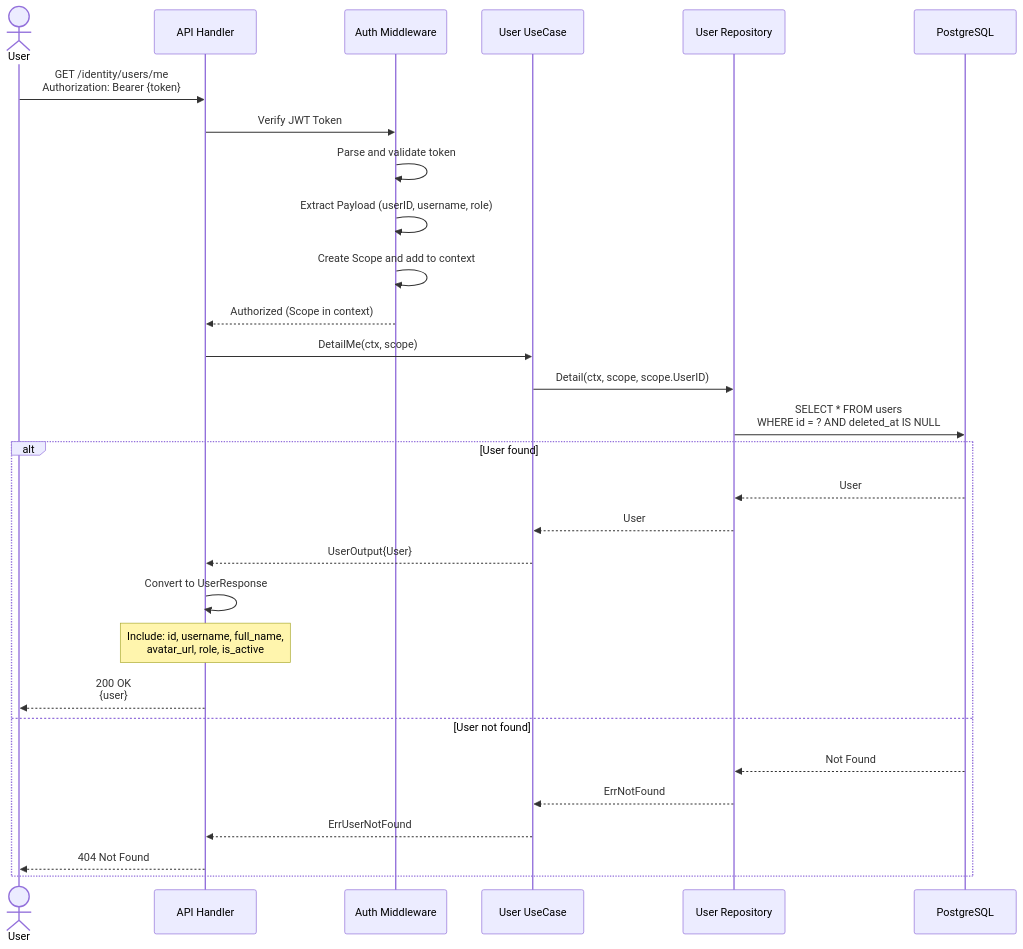
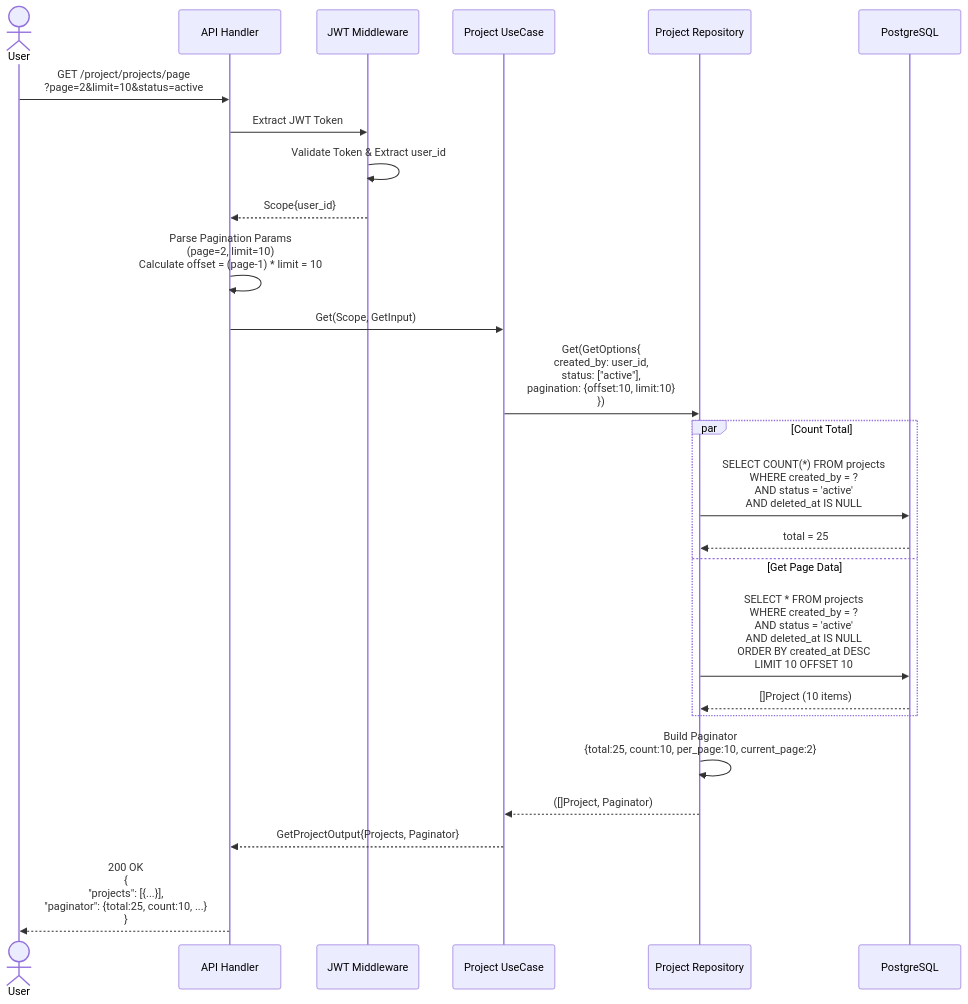
One commit to smap-hcmut/identity-srv changed the fourth of 6 diagrams in project/document/api.md. Above: the diagram before and after it, drawn with Mermaid. The commit also changed other lines of this file and 33 other files, not shown here.

````diff
--- a/project/document/api.md
+++ b/project/document/api.md
@@ -701,39 +159,32 @@
 ```mermaid
 sequenceDiagram
     actor User
     participant API as API Handler
-    participant AuthMW as Auth Middleware
-    participant UserUC as User UseCase
-    participant UserRepo as User Repository
+    participant MW as JWT Middleware
+    participant ProjUC as Project UseCase
+    participant ProjRepo as Project Repository
     participant DB as PostgreSQL
 
-    User->>API: GET /identity/users/me<br/>Authorization: Bearer {token}
-    
-    API->>AuthMW: Verify JWT Token
-    AuthMW->>AuthMW: Parse and validate token
-    AuthMW->>AuthMW: Extract Payload (userID, username, role)
-    AuthMW->>AuthMW: Create Scope and add to context
-    AuthMW-->>API: Authorized (Scope in context)
-    
-    API->>UserUC: DetailMe(ctx, scope)
-    
-    UserUC->>UserRepo: Detail(ctx, scope, scope.UserID)
-    UserRepo->>DB: SELECT * FROM users<br/>WHERE id = ? AND deleted_at IS NULL
-    
-    alt User found
-        DB-->>UserRepo: User
-        UserRepo-->>UserUC: User
-        
-        UserUC-->>API: UserOutput{User}
-        
-        API->>API: Convert to UserResponse
-        Note over API: Include: id, username, full_name,<br/>avatar_url, role, is_active
-        
-        API-->>User: 200 OK<br/>{user}
-    else User not found
-        DB-->>UserRepo: Not Found
-        UserRepo-->>UserUC: ErrNotFound
-        UserUC-->>API: ErrUserNotFound
-        API-->>User: 404 Not Found
+    User->>API: GET /project/projects/page<br/>?page=2&limit=10&status=active
+    API->>MW: Extract JWT Token
+    MW->>MW: Validate Token & Extract user_id
+    MW-->>API: Scope{user_id}
+
+    API->>API: Parse Pagination Params<br/>(page=2, limit=10)<br/>Calculate offset = (page-1) * limit = 10
+
+    API->>ProjUC: Get(Scope, GetInput)
+    ProjUC->>ProjRepo: Get(GetOptions{<br/>  created_by: user_id,<br/>  status: ["active"],<br/>  pagination: {offset:10, limit:10}<br/>})
+
+    par Count Total
+        ProjRepo->>DB: SELECT COUNT(*) FROM projects<br/>WHERE created_by = ?<br/>AND status = 'active'<br/>AND deleted_at IS NULL
+        DB-->>ProjRepo: total = 25
+    and Get Page Data
+        ProjRepo->>DB: SELECT * FROM projects<br/>WHERE created_by = ?<br/>AND status = 'active'<br/>AND deleted_at IS NULL<br/>ORDER BY created_at DESC<br/>LIMIT 10 OFFSET 10
+        DB-->>ProjRepo: []Project (10 items)
     end
+
+    ProjRepo->>ProjRepo: Build Paginator<br/>{total:25, count:10, per_page:10, current_page:2}
+    ProjRepo-->>ProjUC: ([]Project, Paginator)
+    ProjUC-->>API: GetProjectOutput{Projects, Paginator}
+    API-->>User: 200 OK<br/>{<br/>  "projects": [{...}],<br/>  "paginator": {total:25, count:10, ...}<br/>}
 ```
````
